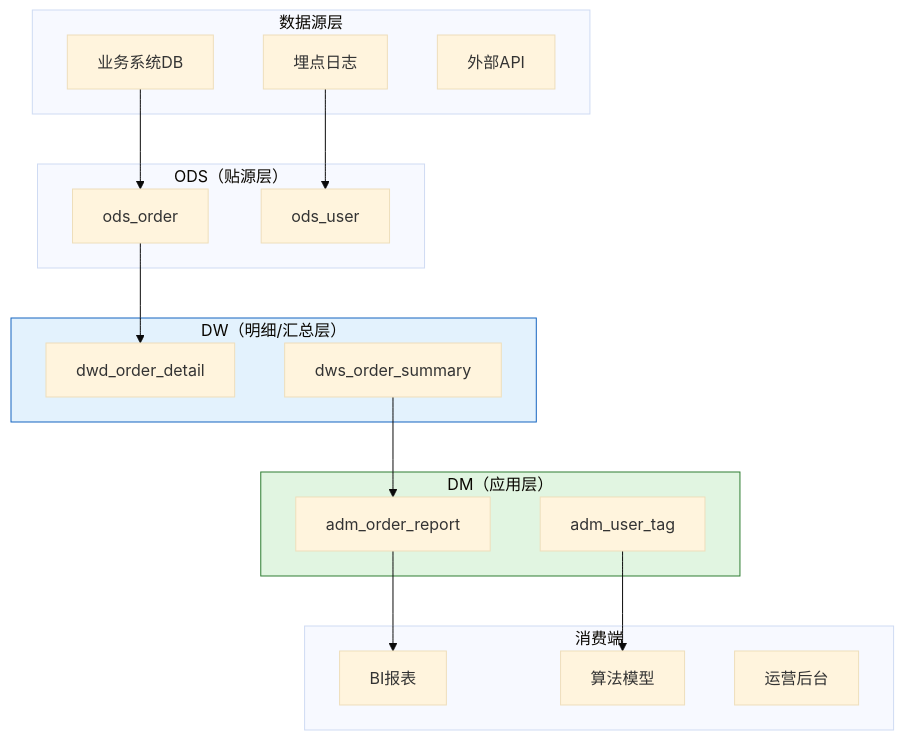
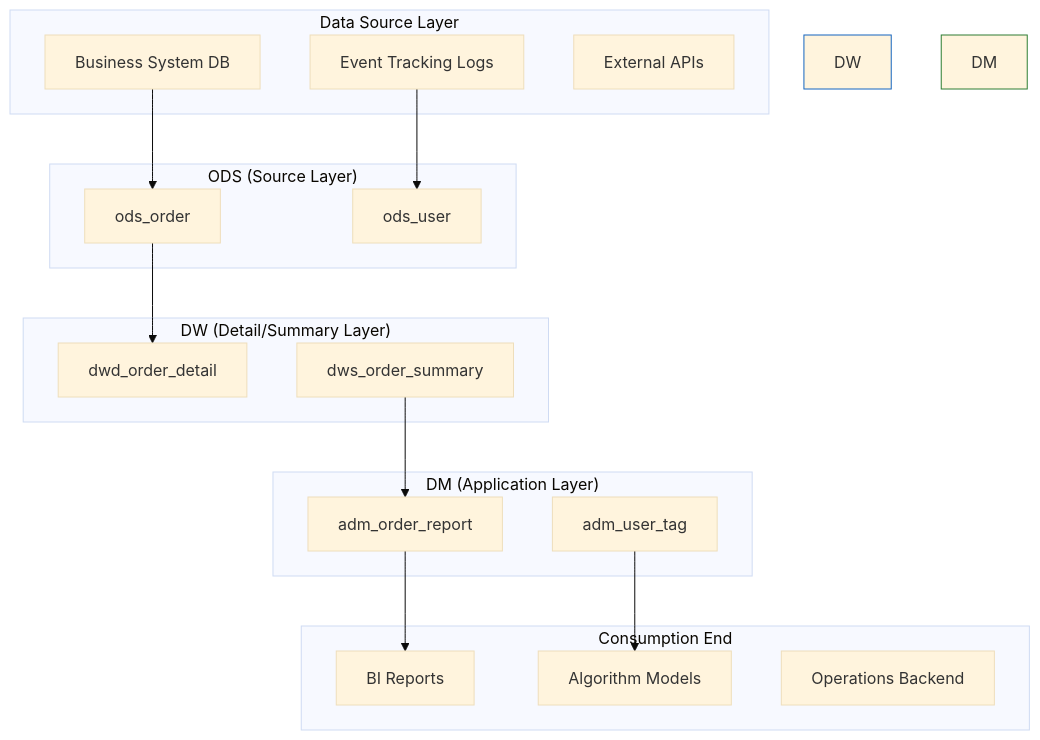
The second of 11 diagrams in templates/产品/技术层/【模板】数据库设计文档规范.md (Kirky-X/cangjie), drawn with Mermaid (base theme) before and after one commit. The commit also changed other lines of this file and 60 other files, not shown here.

````diff
--- a/templates/产品/技术层/【模板】数据库设计文档规范.md
+++ b/templates/产品/技术层/【模板】数据库设计文档规范.md
@@ -148,39 +148,39 @@
 ```mermaid
 flowchart TD
-    subgraph 数据源层
-        A1[业务系统DB]
-        A2[埋点日志]
-        A3[外部API]
+    subgraph Data Source Layer
+        A1[Business System DB]
+        A2[Event Tracking Logs]
+        A3[External APIs]
     end
 
-    subgraph ODS层["ODS（贴源层）"]
+    subgraph ODS Layer["ODS (Source Layer)"]
         B1[ods_order]
         B2[ods_user]
     end
 
-    subgraph DW层["DW（明细/汇总层）"]
+    subgraph DW Layer["DW (Detail/Summary Layer)"]
         C1[dwd_order_detail]
         C2[dws_order_summary]
     end
 
-    subgraph DM层["DM（应用层）"]
+    subgraph DM Layer["DM (Application Layer)"]
         D1[adm_order_report]
         D2[adm_user_tag]
     end
 
-    subgraph 消费端
-        E1[BI报表]
-        E2[算法模型]
-        E3[运营后台]
+    subgraph Consumption End
+        E1[BI Reports]
+        E2[Algorithm Models]
+        E3[Operations Backend]
     end
 
     A1 --> B1
     A2 --> B2
     B1 --> C1
     C2 --> D1
     D1 --> E1
     D2 --> E2
 
-    style DW层 fill:#e3f2fd,stroke:#1565c0
-    style DM层 fill:#e1f5e1,stroke:#2e7d32
+    style DW Layer fill:#e3f2fd,stroke:#1565c0
+    style DM Layer fill:#e1f5e1,stroke:#2e7d32
 ```
````
